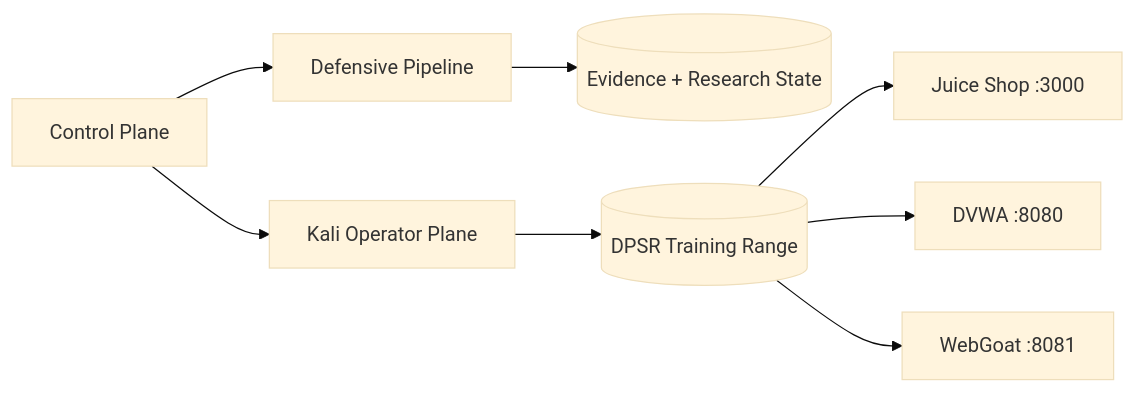
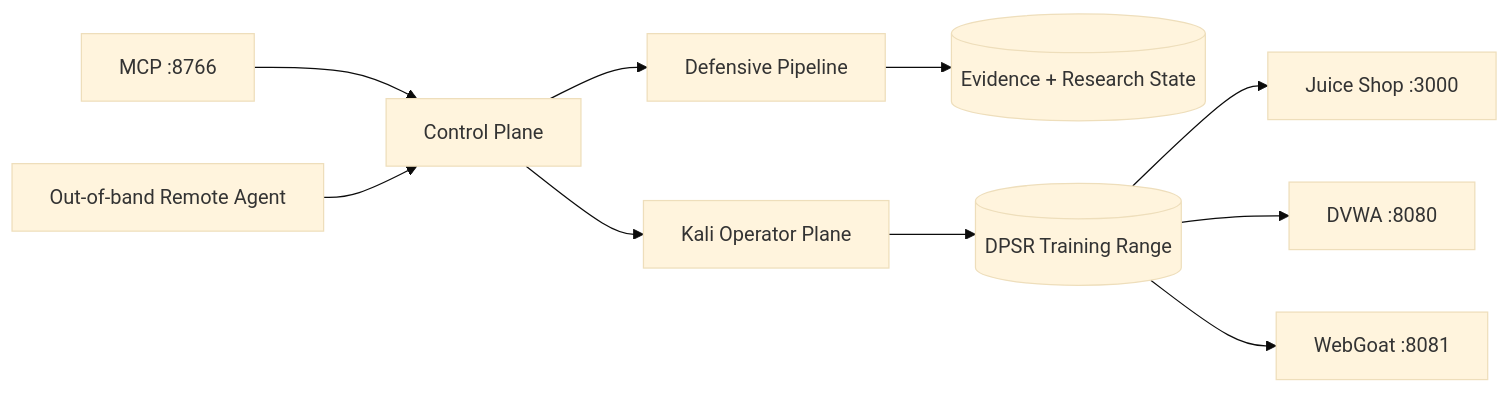
Before and after one commit to thewire1o1/Security-Lab: the diagram in README.md, drawn with Mermaid (base theme). The commit also changed other lines of this file, not shown here.

Commit message:
Document MCP and out-of-band recovery paths

````diff
--- a/README.md
+++ b/README.md
@@ -75,10 +93,12 @@
 ```mermaid
 flowchart LR
-    C[Control Plane] --> P[Defensive Pipeline]
+    M[MCP :8766] --> C[Control Plane]
+    B[Out-of-band Remote Agent] --> C
+    C --> P[Defensive Pipeline]
     C --> O[Kali Operator Plane]
     P --> E[(Evidence + Research State)]
     O --> R[(DPSR Training Range)]
     R --> J[Juice Shop :3000]
     R --> D[DVWA :8080]
     R --> G[WebGoat :8081]
 ```
````
